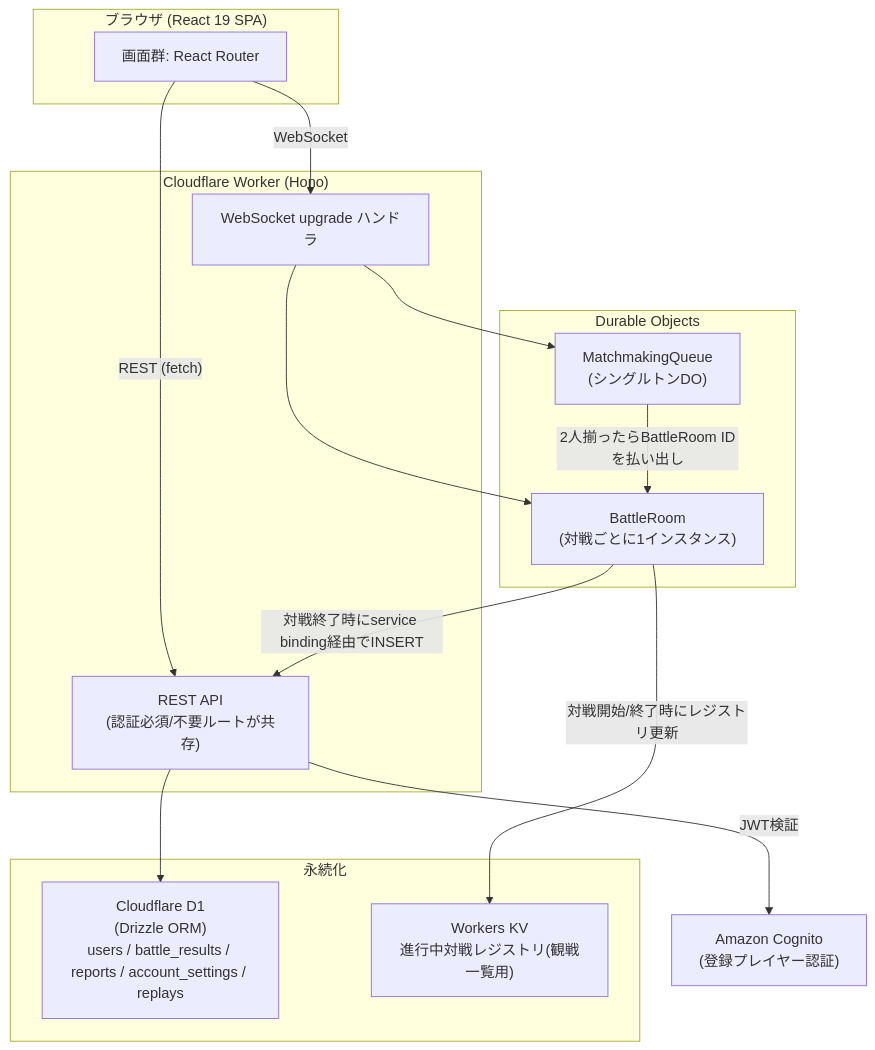
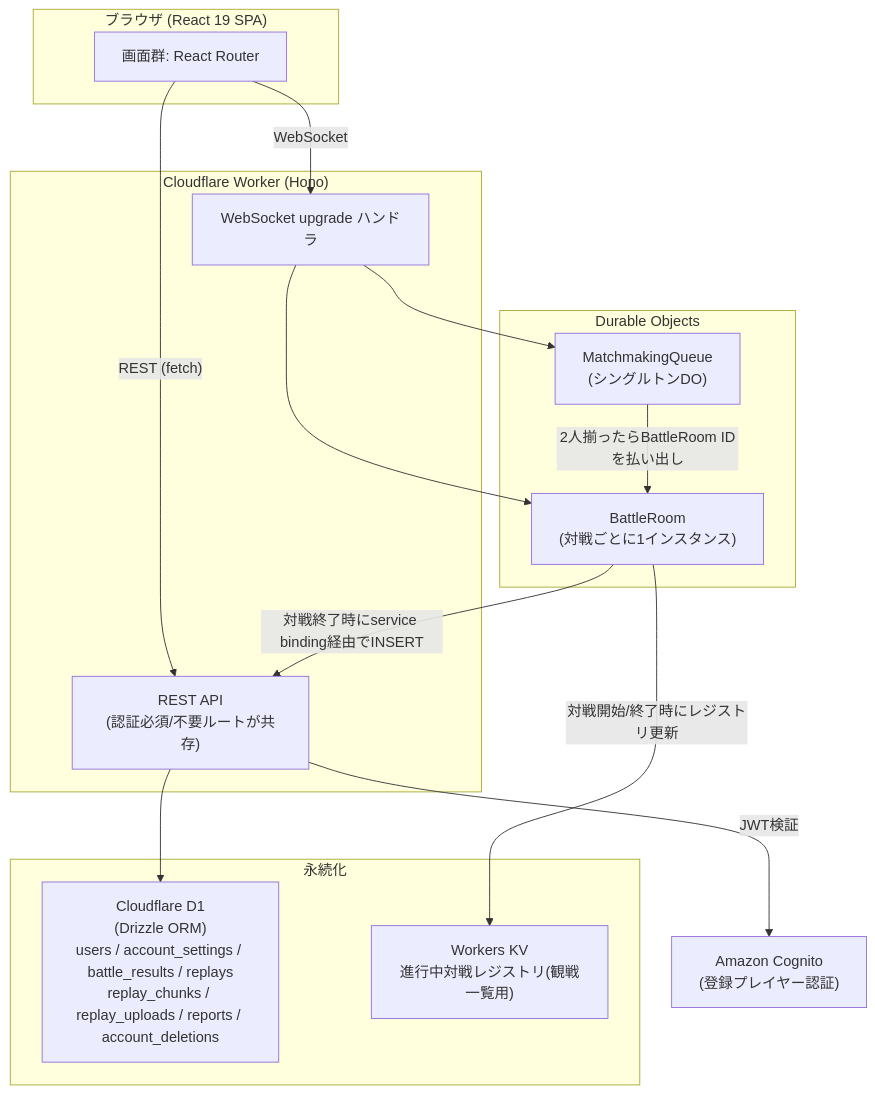
One commit to yasagure3/vstetris changed the diagram in docs/design/DESIGN.md. Above: the diagram before and after it, drawn with Mermaid. The commit also changed other lines of this file and 12 other files, not shown here.

Commit message:
docs: apply third design-check fixes (schema tables, ws messages, batch order, replay contract, KV metadata, cron jobs)

````diff
--- a/docs/design/DESIGN.md
+++ b/docs/design/DESIGN.md
@@ -35,33 +37,33 @@
 ```mermaid
 graph TB
     subgraph Client["ブラウザ (React 19 SPA)"]
         UI[画面群: React Router]
     end
 
     subgraph Worker["Cloudflare Worker (Hono)"]
         API["REST API<br/>(認証必須/不要ルートが共存)"]
         WSUP["WebSocket upgrade ハンドラ"]
     end
 
     subgraph DO["Durable Objects"]
         MMQ["MatchmakingQueue<br/>(シングルトンDO)"]
         BR["BattleRoom<br/>(対戦ごとに1インスタンス)"]
     end
 
     subgraph Storage["永続化"]
-        D1["Cloudflare D1<br/>(Drizzle ORM)<br/>users / battle_results / reports / account_settings / replays"]
+        D1["Cloudflare D1<br/>(Drizzle ORM)<br/>users / account_settings / battle_results / replays<br/>replay_chunks / replay_uploads / reports / account_deletions"]
         KV["Workers KV<br/>進行中対戦レジストリ(観戦一覧用)"]
     end
 
     Cognito["Amazon Cognito<br/>(登録プレイヤー認証)"]
 
     UI -- "REST (fetch)" --> API
     UI -- "WebSocket" --> WSUP
     WSUP --> MMQ
     WSUP --> BR
     MMQ -- "2人揃ったらBattleRoom IDを払い出し" --> BR
     BR -- "対戦開始/終了時にレジストリ更新" --> KV
     BR -- "対戦終了時にservice binding経由でINSERT" --> API
     API --> D1
     API -- "JWT検証" --> Cognito
 ```
````
